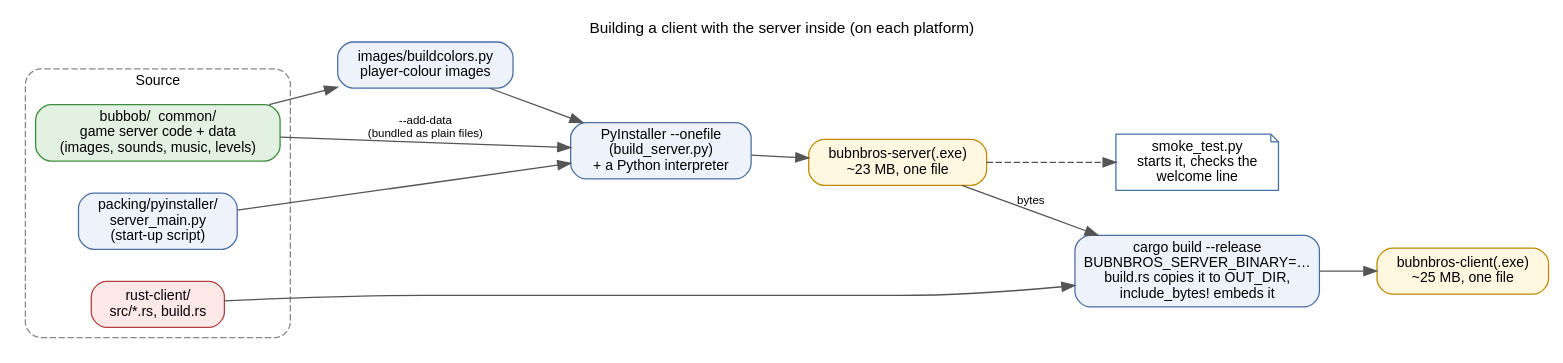
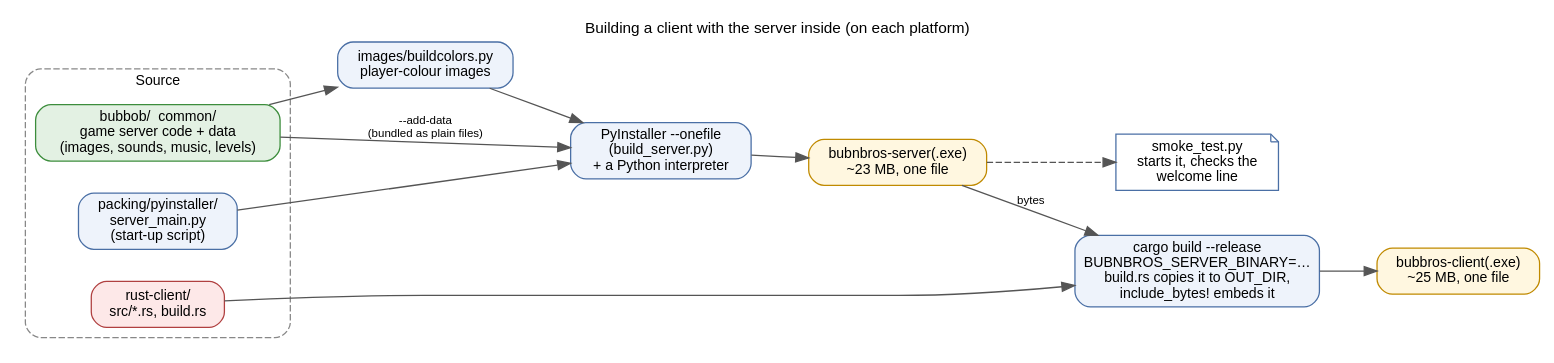
One commit to nelg/bub-n-bros changed the diagram in bub-n-bros/docs/diagrams/play-alone-build.dot. Above: the diagram before and after it, drawn with Graphviz. The commit also changed 40 other files, not shown here.

```diff
--- a/bub-n-bros/docs/diagrams/play-alone-build.dot
+++ b/bub-n-bros/docs/diagrams/play-alone-build.dot
@@ -1,28 +1,28 @@
 digraph build {
   graph [rankdir=LR, fontname="Helvetica", fontsize=12, nodesep=0.35, ranksep=0.6, bgcolor="white",
          label="Building a client with the server inside (on each platform)", labelloc=t];
   node  [shape=box, style="rounded,filled", fontname="Helvetica", fontsize=11, fillcolor="#eef3fb", color="#4a6fa5"];
   edge  [fontname="Helvetica", fontsize=9, color="#555555"];
 
   subgraph cluster_src {
     label="Source"; style="rounded,dashed"; color="#888888"; fontname="Helvetica"; fontsize=11;
     game   [label="bubbob/  common/\ngame server code + data\n(images, sounds, music, levels)", fillcolor="#e3f1e3", color="#3c8d3c"];
     entry  [label="packing/pyinstaller/\nserver_main.py\n(start-up script)"];
     rust   [label="rust-client/\nsrc/*.rs, build.rs", fillcolor="#fde8e8", color="#b04040"];
   }
   colors [label="images/buildcolors.py\nplayer-colour images"];
   pyi    [label="PyInstaller --onefile\n(build_server.py)\n+ a Python interpreter"];
   server [label="bubnbros-server(.exe)\n~23 MB, one file", fillcolor="#fff7e0", color="#c08a00"];
   smoke  [label="smoke_test.py\nstarts it, checks the\nwelcome line", shape=note, fillcolor="#ffffff"];
   cargo  [label="cargo build --release\nBUBNBROS_SERVER_BINARY=…\nbuild.rs copies it to OUT_DIR,\ninclude_bytes! embeds it"];
-  client [label="bubnbros-client(.exe)\n~25 MB, one file", fillcolor="#fff7e0", color="#c08a00"];
+  client [label="bubbros-client(.exe)\n~25 MB, one file", fillcolor="#fff7e0", color="#c08a00"];
 
   game -> colors -> pyi;
   game -> pyi [label="--add-data\n(bundled as plain files)"];
   entry -> pyi;
   pyi -> server;
   server -> smoke [style=dashed];
   server -> cargo [label="bytes"];
   rust -> cargo;
   cargo -> client;
 }
```
